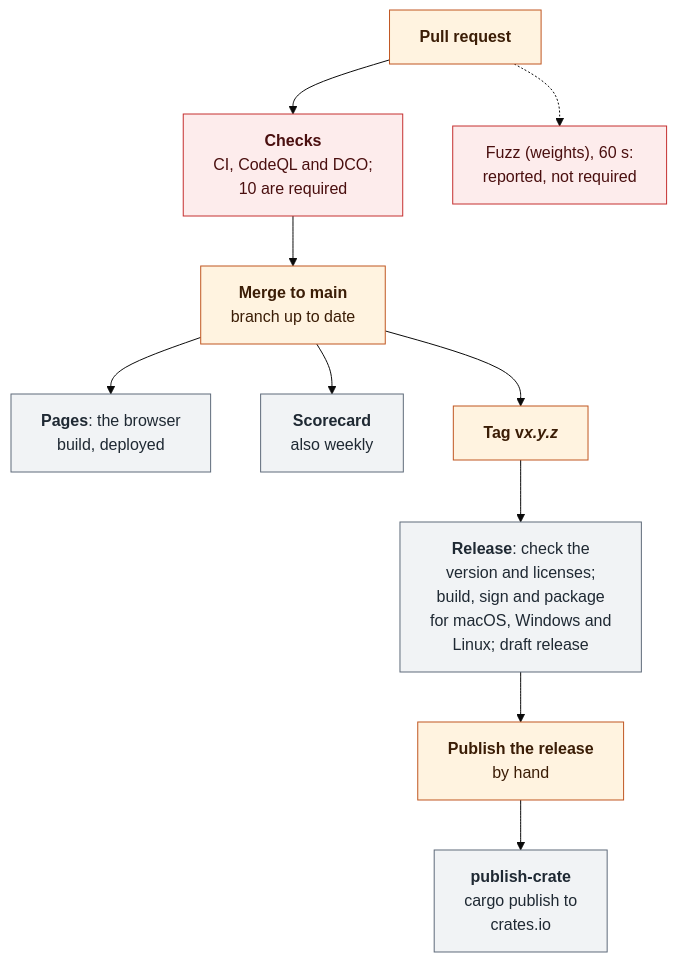
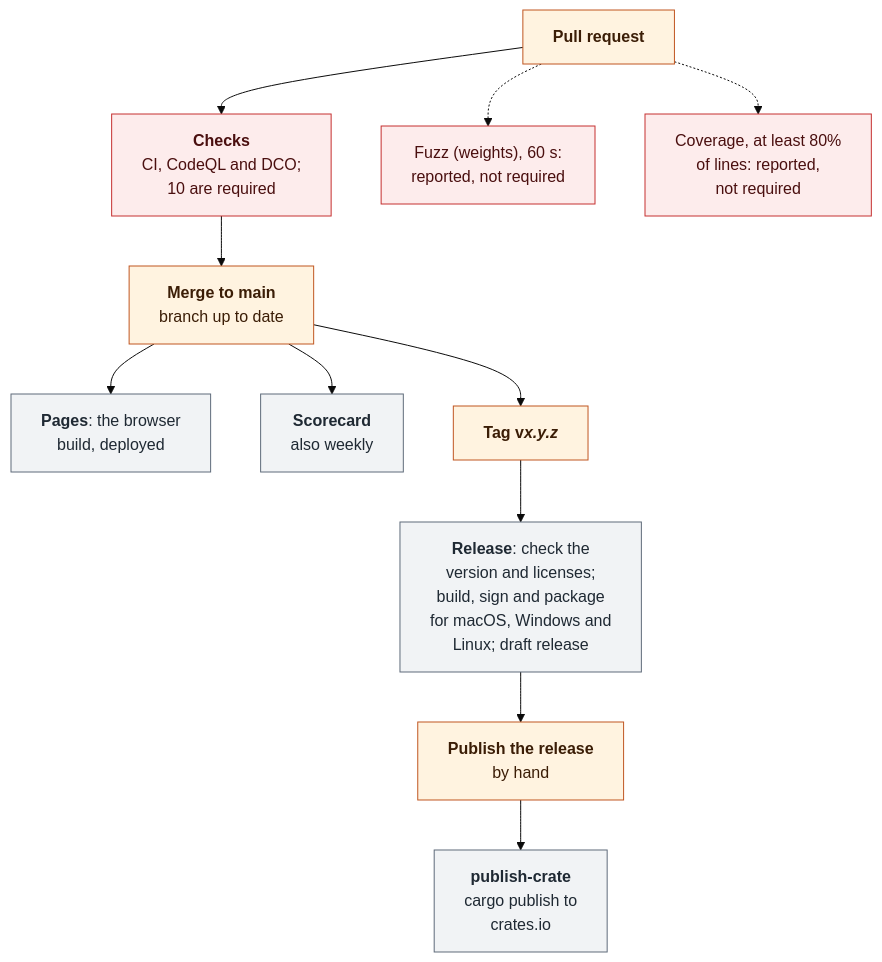
Diagram 21 of 21 in docs/architecture.md (schreck61/intersection-lab), drawn with Mermaid (base theme) before and after one commit. The commit also changed other lines of this file and 13 other files, not shown here.

````diff
--- a/docs/architecture.md
+++ b/docs/architecture.md
@@ -3115,23 +3121,25 @@
 ```mermaid
 flowchart TB
     PR["<b>Pull request</b>"]
     CI["<b>Checks</b><br/>CI, CodeQL and DCO;<br/>10 are required"]
     FZ["Fuzz (weights), 60 s:<br/>reported, not required"]
+    CV["Coverage, at least 80%<br/>of lines: reported,<br/>not required"]
     M["<b>Merge to main</b><br/>branch up to date"]
     PG["<b>Pages</b>: the browser<br/>build, deployed"]
     SC["<b>Scorecard</b><br/>also weekly"]
     T["<b>Tag v<i>x.y.z</i></b>"]
     R["<b>Release</b>: check the<br/>version and licenses;<br/>build, sign and package<br/>for macOS, Windows and<br/>Linux; draft release"]
     P["<b>Publish the release</b><br/>by hand"]
     C["<b>publish-crate</b><br/>cargo publish to<br/>crates.io"]
     PR --> CI --> M --> T --> R --> P --> C
     PR -.-> FZ
+    PR -.-> CV
     M --> PG
     M --> SC
     classDef ui fill:#fff3e0,stroke:#c05621,color:#3b1d06
     classDef data fill:#f1f3f5,stroke:#5f6b7a,color:#1f2933
     classDef safe fill:#fdecec,stroke:#c53030,color:#4a0f0f
     class PR,M,T,P ui
-    class CI,FZ safe
+    class CI,FZ,CV safe
     class PG,SC,R,C data
 ```
````
